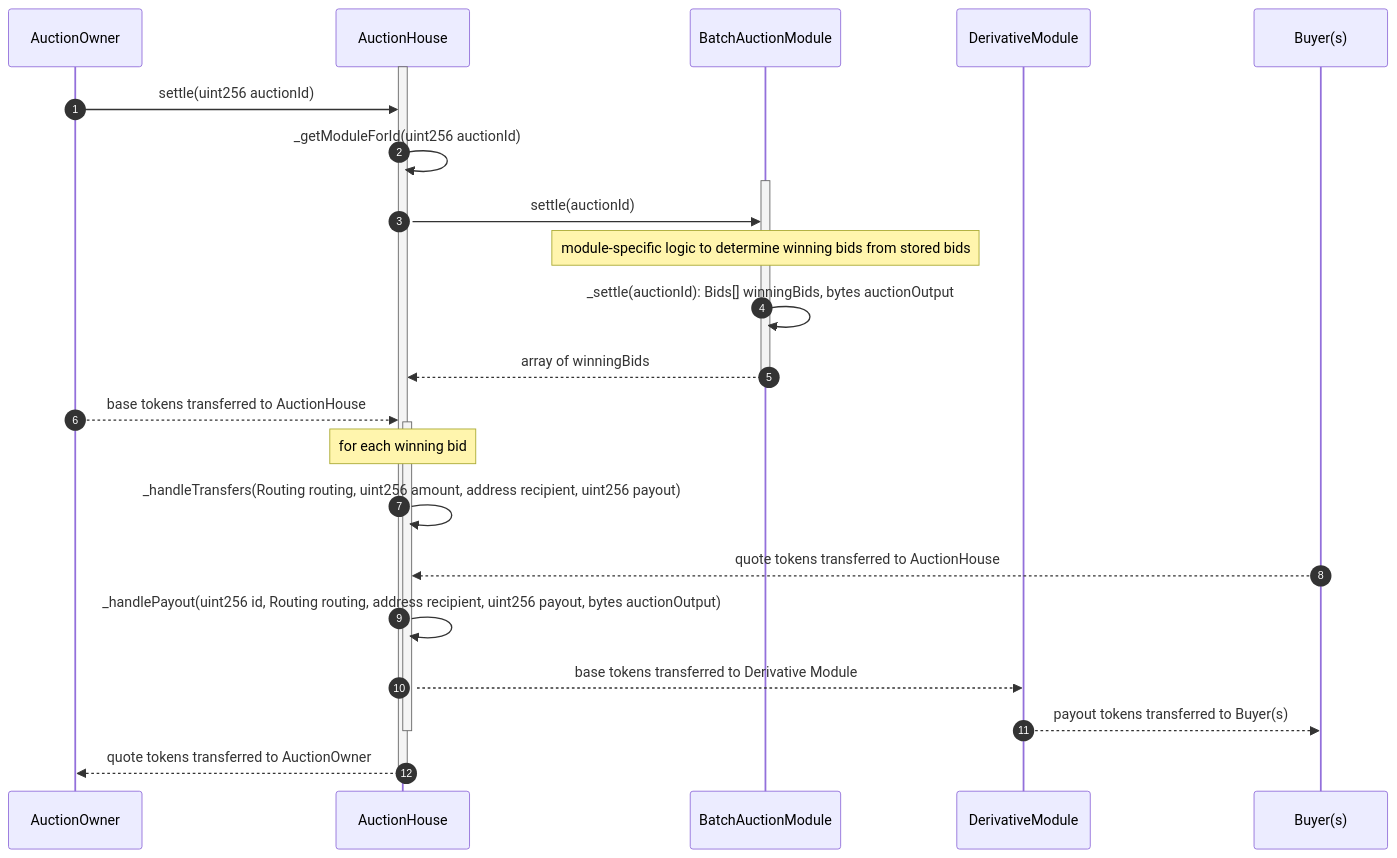
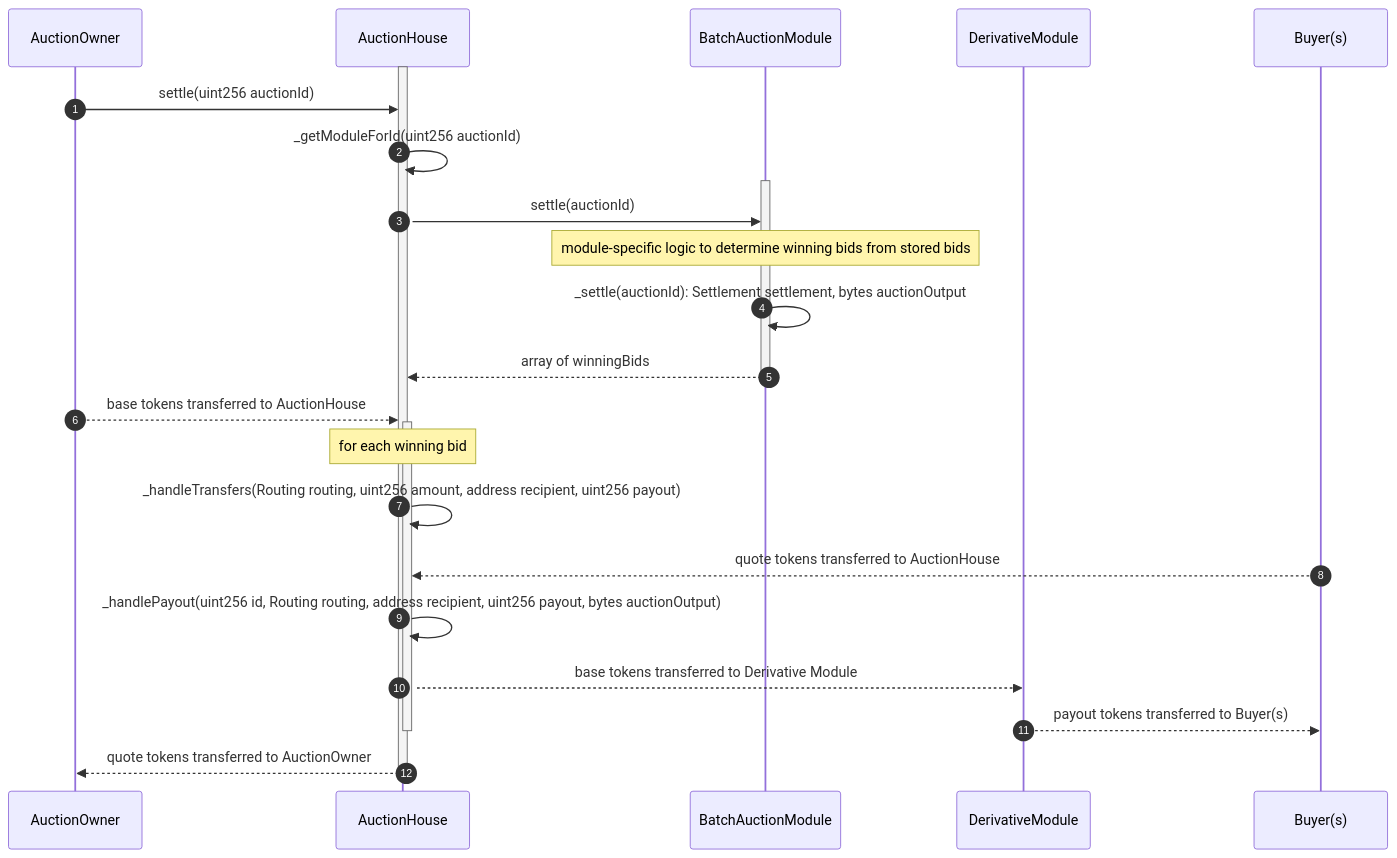
Before and after one commit to Axis-Fi/axis-core: the seventh of 8 diagrams in design/ARCHITECTURE.md, drawn with Mermaid. The commit also changed other lines of this file and 4 other files, not shown here.

````diff
--- a/design/ARCHITECTURE.md
+++ b/design/ARCHITECTURE.md
@@ -422,35 +421,35 @@
 ```mermaid
 sequenceDiagram
   autoNumber
   participant AuctionOwner
   participant AuctionHouse
   participant BatchAuctionModule
   participant DerivativeModule
   participant Buyer(s)
 
   activate AuctionHouse
     AuctionOwner->>AuctionHouse: settle(uint256 auctionId)
     AuctionHouse->>AuctionHouse: _getModuleForId(uint256 auctionId)
 
     activate BatchAuctionModule
       AuctionHouse->>BatchAuctionModule: settle(auctionId)
 
       Note over BatchAuctionModule: module-specific logic to determine winning bids from stored bids
-      BatchAuctionModule->>BatchAuctionModule: _settle(auctionId): Bids[] winningBids, bytes auctionOutput
+      BatchAuctionModule->>BatchAuctionModule: _settle(auctionId): Settlement settlement, bytes auctionOutput
 
       BatchAuctionModule-->>AuctionHouse: array of winningBids
     deactivate BatchAuctionModule
 
     AuctionOwner-->>AuctionHouse: base tokens transferred to AuctionHouse
     activate AuctionHouse
       Note over AuctionHouse: for each winning bid
       AuctionHouse->>AuctionHouse: _handleTransfers(Routing routing, uint256 amount, address recipient, uint256 payout)
       Buyer(s)-->>AuctionHouse: quote tokens transferred to AuctionHouse
       AuctionHouse->>AuctionHouse: _handlePayout(uint256 id, Routing routing, address recipient, uint256 payout, bytes auctionOutput)
       AuctionHouse-->>DerivativeModule: base tokens transferred to Derivative Module
       DerivativeModule-->>Buyer(s): payout tokens transferred to Buyer(s)
     deactivate AuctionHouse
     AuctionHouse-->>AuctionOwner: quote tokens transferred to AuctionOwner
 
   deactivate AuctionHouse
 ```
````
